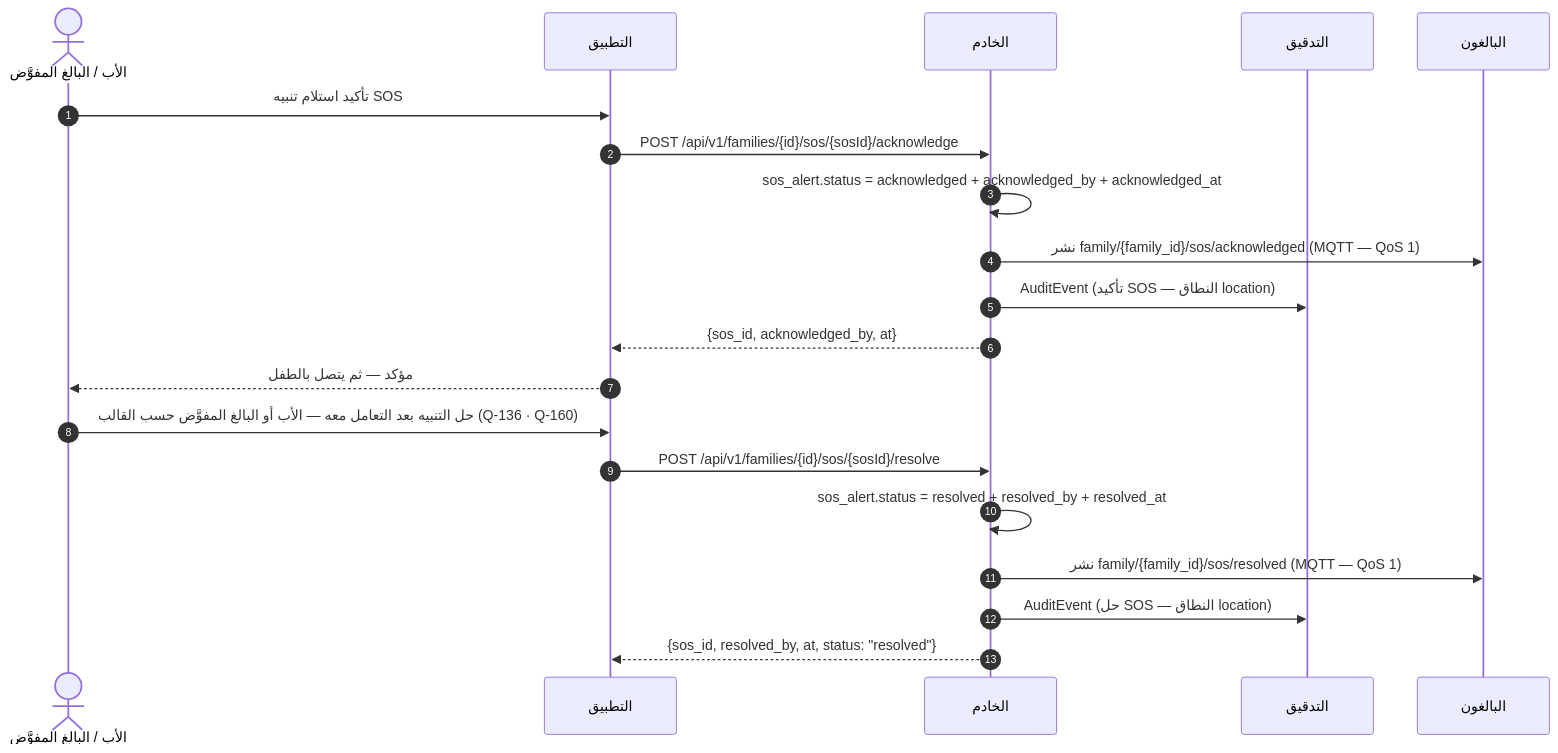
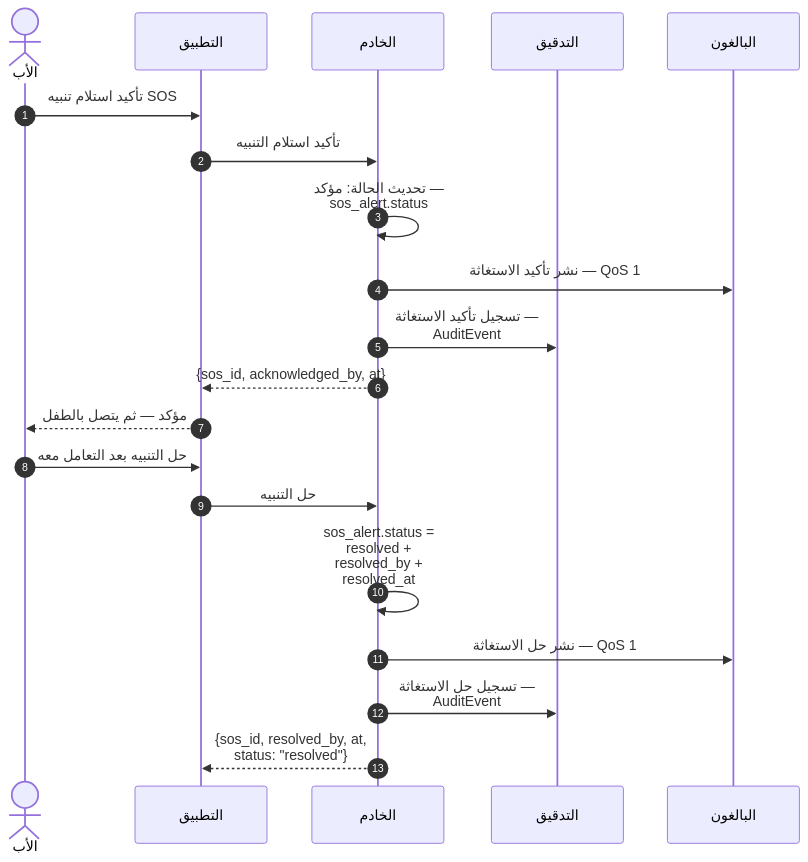
Before and after one commit to Bassam-mohammed-alqaeadi/family-os-v2: the tenth of 30 diagrams in docs/family-os/governance/phases/phase-1/S1-07-location-basic/DIAGRAMS.md, drawn with Mermaid. The commit also changed other lines of this file, not shown here.

````diff
--- a/docs/family-os/governance/phases/phase-1/S1-07-location-basic/DIAGRAMS.md
+++ b/docs/family-os/governance/phases/phase-1/S1-07-location-basic/DIAGRAMS.md
@@ -371,22 +428,23 @@
 ```mermaid
+    %%{init: {"sequence": {"wrap": true}}}%%
 sequenceDiagram
     autonumber
-    actor Father as الأب / البالغ المفوَّض
-    participant Flutter as التطبيق
+    actor Father as الأب
+    participant App as التطبيق
     participant Ktor as الخادم
     participant Audit as التدقيق
     participant Adults as البالغون
-    Father->>Flutter: تأكيد استلام تنبيه SOS
-    Flutter->>Ktor: POST /api/v1/families/{id}/sos/{sosId}/acknowledge
-    Ktor->>Ktor: sos_alert.status = acknowledged + acknowledged_by + acknowledged_at
-    Ktor->>Adults: نشر family/{family_id}/sos/acknowledged (MQTT — QoS 1)
-    Ktor->>Audit: AuditEvent (تأكيد SOS — النطاق location)
-    Ktor-->>Flutter: {sos_id, acknowledged_by, at}
-    Flutter-->>Father: مؤكد — ثم يتصل بالطفل
-    Father->>Flutter: حل التنبيه بعد التعامل معه — الأب أو البالغ المفوَّض حسب القالب (Q-136 · Q-160)
-    Flutter->>Ktor: POST /api/v1/families/{id}/sos/{sosId}/resolve
+    Father->>App: تأكيد استلام تنبيه SOS
+    App->>Ktor: تأكيد استلام التنبيه
+    Ktor->>Ktor: تحديث الحالة: مؤكد — sos_alert.status
+    Ktor->>Adults: نشر تأكيد الاستغاثة — QoS 1
+    Ktor->>Audit: تسجيل تأكيد الاستغاثة — AuditEvent
+    Ktor-->>App: {sos_id, acknowledged_by, at}
+    App-->>Father: مؤكد — ثم يتصل بالطفل
+    Father->>App: حل التنبيه بعد التعامل معه
+    App->>Ktor: حل التنبيه
     Ktor->>Ktor: sos_alert.status = resolved + resolved_by + resolved_at
-    Ktor->>Adults: نشر family/{family_id}/sos/resolved (MQTT — QoS 1)
-    Ktor->>Audit: AuditEvent (حل SOS — النطاق location)
-    Ktor-->>Flutter: {sos_id, resolved_by, at, status: "resolved"}
+    Ktor->>Adults: نشر حل الاستغاثة — QoS 1
+    Ktor->>Audit: تسجيل حل الاستغاثة — AuditEvent
+    Ktor-->>App: {sos_id, resolved_by, at, status: "resolved"}
 ```
````
